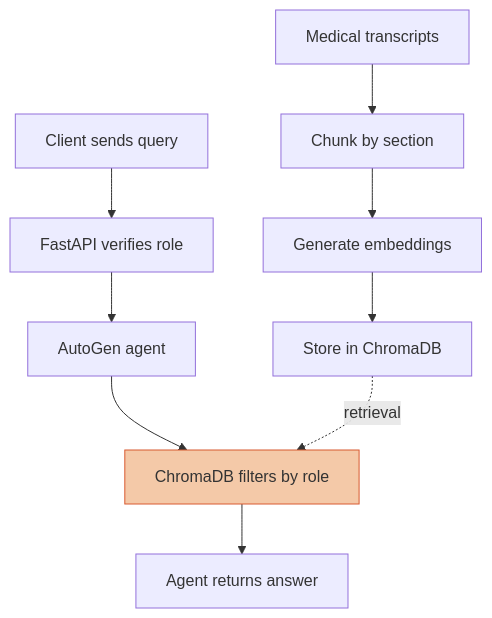
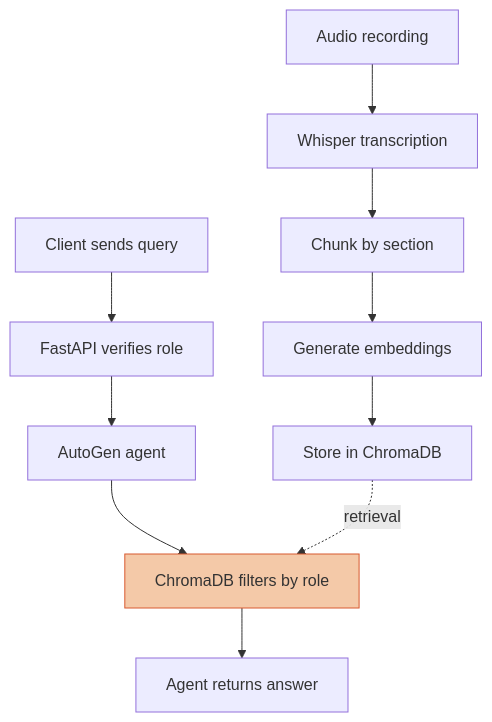
Before and after one commit to tom666d/role-based-medical-QAsystem: the diagram in README.md, drawn with Mermaid. The commit also changed other lines of this file, not shown here.

Commit message:
Document Whisper integration and known limitations

````diff
--- a/README.md
+++ b/README.md
@@ -18,15 +18,16 @@
 ```mermaid
 flowchart TD
-    A[Medical transcripts] --> B[Chunk by section]
+    A[Audio recording] --> A2[Whisper transcription]
+    A2 --> B[Chunk by section]
     B --> C[Generate embeddings]
     C --> D[Store in ChromaDB]
 
     E[Client sends query] --> F[FastAPI verifies role]
     F --> G[AutoGen agent]
     G --> H[ChromaDB filters by role]
     H --> I[Agent returns answer]
 
     D -.retrieval.-> H
 
     style H fill:#f4c9a8,stroke:#d85a30
 ```
````
